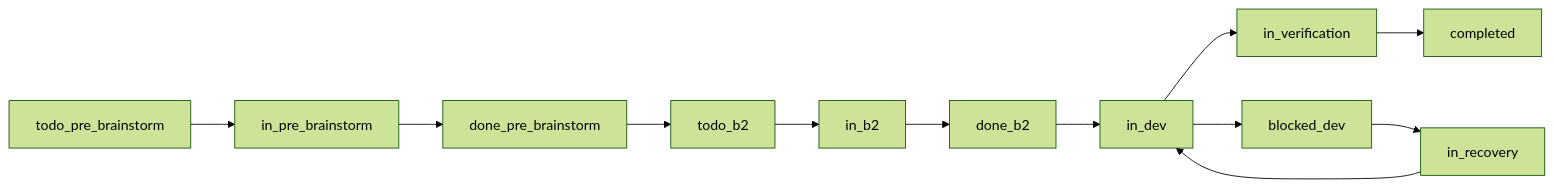
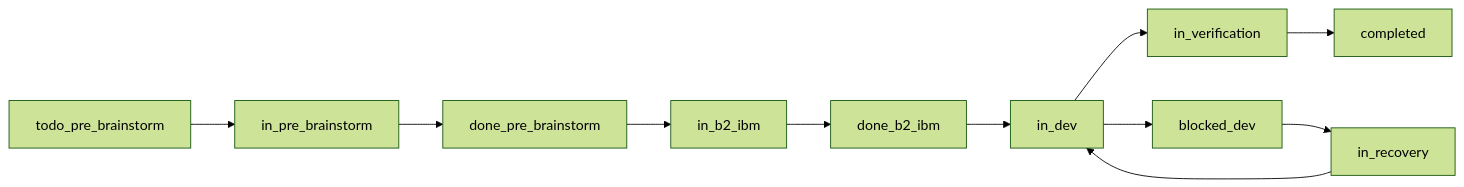
One commit to chatterzhao/freely changed the diagram in docs/LAWS.md. Above: the diagram before and after it, drawn with Mermaid (forest theme). The commit also changed other lines of this file and 7 other files, not shown here.

````diff
--- a/docs/LAWS.md
+++ b/docs/LAWS.md
@@ -269,15 +269,14 @@
 ```mermaid
 flowchart LR
     A[todo_pre_brainstorm] --> B[in_pre_brainstorm]
     B --> C[done_pre_brainstorm]
-    C --> D[todo_b2]
-    D --> E[in_b2]
-    E --> F[done_b2]
+    C --> E[in_b2_ibm]
+    E --> F[done_b2_ibm]
     F --> G[in_dev]
     G --> H[in_verification]
     H --> J[completed]
 
     G --> K[blocked_dev]
     K --> L[in_recovery]
     L --> G
 ```
````
